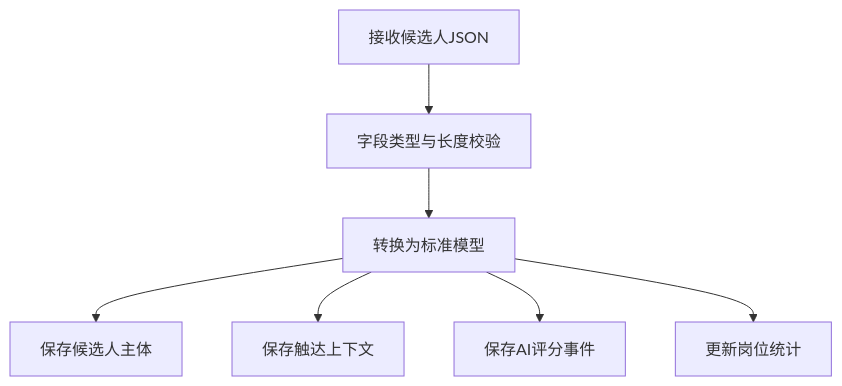
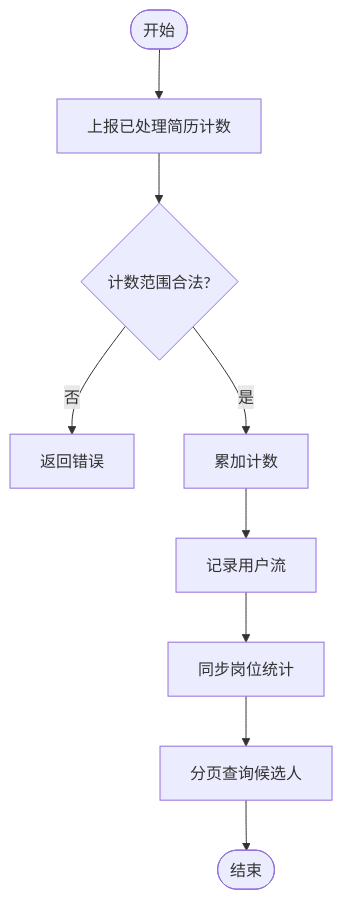
The ninth of 10 diagrams in .qoder/repowiki/zh/content/本地执行器/平台适配器/Boss直聘适配器/候选人数据处理.md (alvinwangzi/goodhr), drawn with Mermaid before and after one commit. The commit also changed other lines of this file and 149 other files, not shown here.

````diff
--- a/.qoder/repowiki/zh/content/本地执行器/平台适配器/Boss直聘适配器/候选人数据处理.md
+++ b/.qoder/repowiki/zh/content/本地执行器/平台适配器/Boss直聘适配器/候选人数据处理.md
@@ -296,9 +350,11 @@
 ```mermaid
 flowchart TD
-Ingest["接收候选人JSON"] --> Validate["字段类型与长度校验"]
-Validate --> Convert["转换为标准模型"]
-Convert --> SaveProfile["保存候选人主体"]
-Convert --> SaveEngagement["保存触达上下文"]
-Convert --> SaveEvents["保存AI评分事件"]
-Convert --> Counts["更新岗位统计"]
+Start(["开始"]) --> BatchCount["上报已处理简历计数"]
+BatchCount --> ValidateCount{"计数范围合法?"}
+ValidateCount --> |否| Error["返回错误"]
+ValidateCount --> |是| Increment["累加计数"]
+Increment --> FlowRecord["记录用户流"]
+FlowRecord --> SyncCounts["同步岗位统计"]
+SyncCounts --> QueryCandidates["分页查询候选人"]
+QueryCandidates --> End(["结束"])
 ```
````
